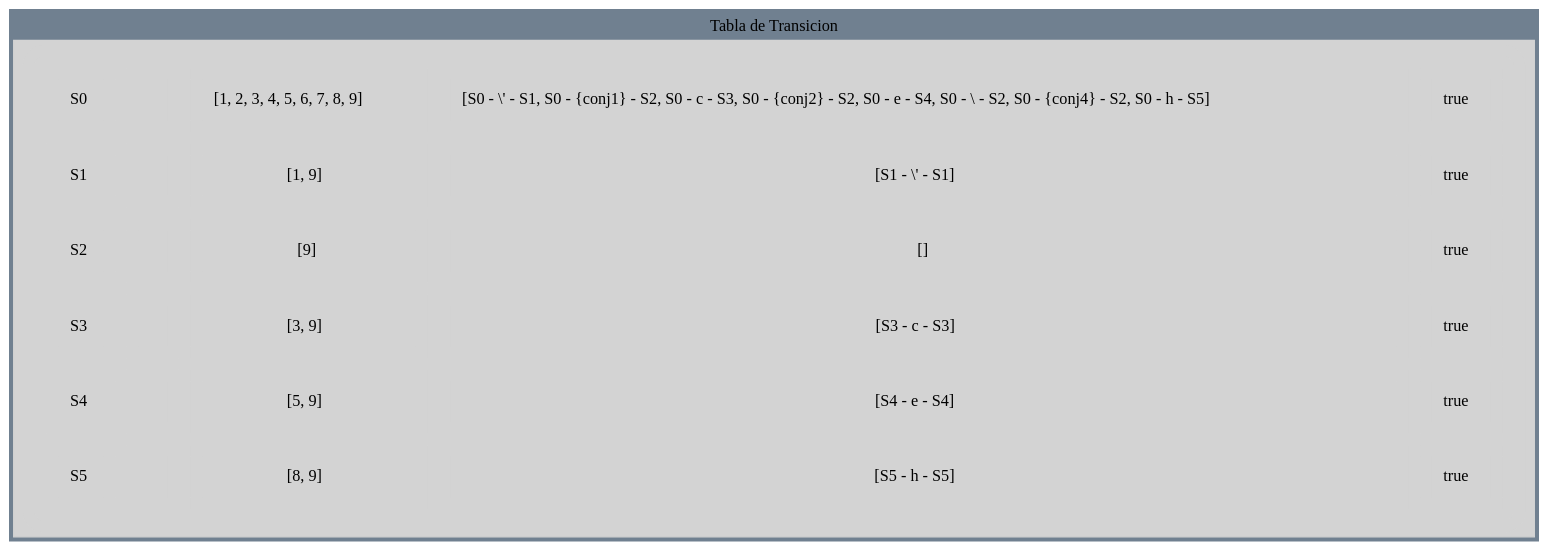
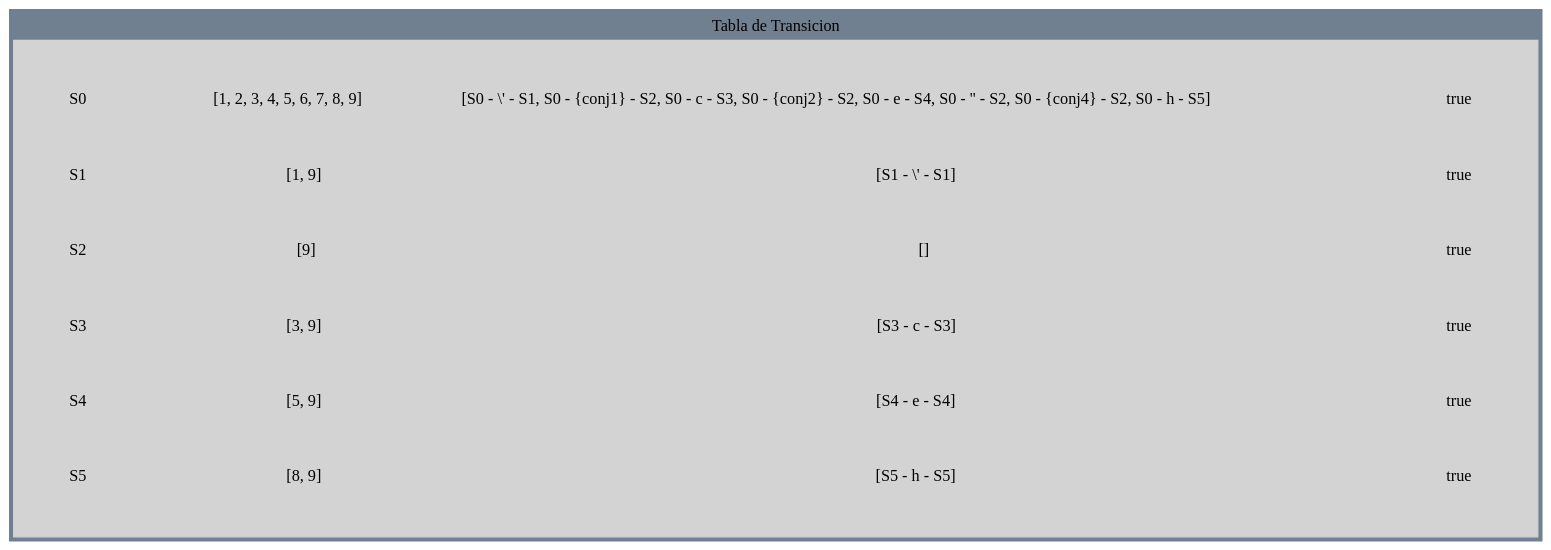
Before and after one commit to parguet/OLC1_Proyecto1_202010751: the diagram in Proyecto1/reportes/transiciones_202010751/Tabla1.dot, drawn with Graphviz. The commit also changed 42 other files, not shown here.

```diff
--- a/Proyecto1/reportes/transiciones_202010751/Tabla1.dot
+++ b/Proyecto1/reportes/transiciones_202010751/Tabla1.dot
@@ -1,36 +1,36 @@
 digraph G {
 bgcolor="slategrey" label="Tabla de Transicion" layout=dot 
 labelloc = "t" edge [weigth=1000  color=darkgreen  arrowtail="open" arrowhead="open"]
 node[shape=box, style="filled", color=lightgrey];
 a0 [label=<
 <TABLE border="10" cellspacing="10" cellpadding="10" style="rounded"><TR><TD>S0</TD>
   <TD> </TD>
   <TD>[1, 2, 3, 4, 5, 6, 7, 8, 9]</TD>
-  <TD>[S0 - \' - S1, S0 - {conj1} - S2, S0 - c - S3, S0 - {conj2} - S2, S0 - e - S4, S0 - \ - S2, S0 - {conj4} - S2, S0 - h - S5]</TD>
+  <TD>[S0 - \' - S1, S0 - {conj1} - S2, S0 - c - S3, S0 - {conj2} - S2, S0 - e - S4, S0 - '' - S2, S0 - {conj4} - S2, S0 - h - S5]</TD>
   <TD>true</TD>
   </TR><TR><TD>S1</TD>
   <TD> </TD>
   <TD>[1, 9]</TD>
   <TD>[S1 - \' - S1]</TD>
   <TD>true</TD>
   </TR><TR><TD>S2</TD>
   <TD> </TD>
   <TD>[9]</TD>
   <TD>[]</TD>
   <TD>true</TD>
   </TR><TR><TD>S3</TD>
   <TD> </TD>
   <TD>[3, 9]</TD>
   <TD>[S3 - c - S3]</TD>
   <TD>true</TD>
   </TR><TR><TD>S4</TD>
   <TD> </TD>
   <TD>[5, 9]</TD>
   <TD>[S4 - e - S4]</TD>
   <TD>true</TD>
   </TR><TR><TD>S5</TD>
   <TD> </TD>
   <TD>[8, 9]</TD>
   <TD>[S5 - h - S5]</TD>
   <TD>true</TD>
   </TR></TABLE>>];}
```
